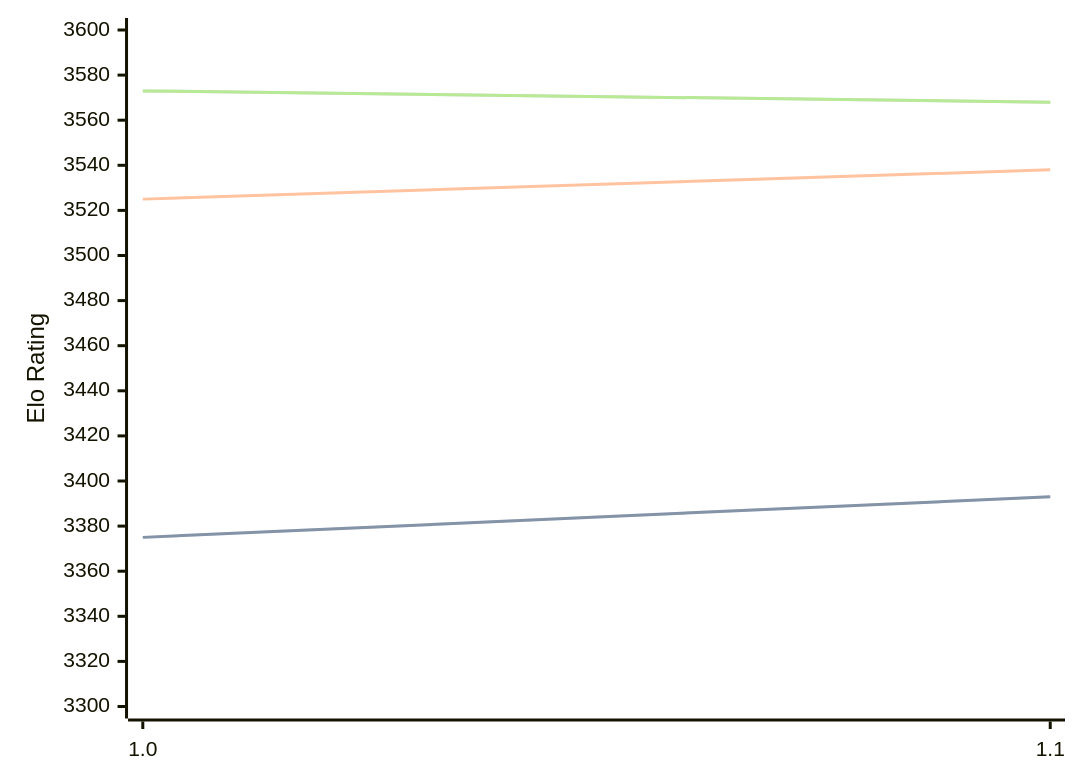
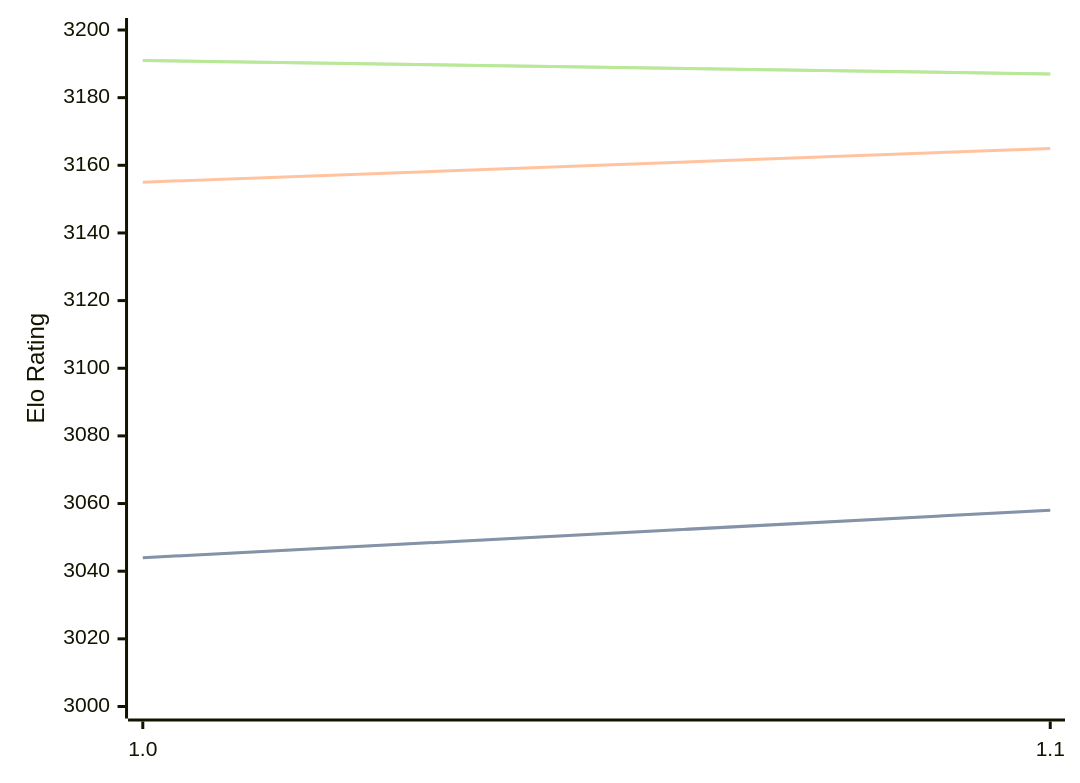
One commit to computer-chess-index/cci changed the diagram in engines/Horsie.md. Above: the diagram before and after it, drawn with Mermaid. The commit also changed other lines of this file, not shown here.

Commit message:
Update CCI Ratings (ELO VLTC) - 2026-02-23

````diff
--- a/engines/Horsie.md
+++ b/engines/Horsie.md
@@ -29,11 +29,11 @@
 ```mermaid
 %%{init: {"theme":"base","themeVariables":{"seriesColors:['#a3a3a3','#222221','#faa371']}}}%%
 xychart-beta
   x-axis ["1.0", "1.1"]
-  y-axis "Elo Rating" 3300 --> 3600
-  line "STC (8.0+0.08s)" [3375, 3393]
-  line "STC (8.0+0.08s)" [3375, 3393]
-  line "LTC (60.0+0.60s)" [3525, 3538]
-  line "VLTC (2m24s+1.12s)" [3573, 3568]
-  line "VLTC (2m24s+1.12s)" [3573, 3568]
+  y-axis "Elo Rating" 3000 --> 3200
+  line "STC (8.0+0.08s)" [3044, 3058]
+  line "STC (8.0+0.08s)" [3044, 3058]
+  line "LTC (60.0+0.60s)" [3155, 3165]
+  line "VLTC (2m24s+1.12s)" [3191, 3187]
+  line "VLTC (2m24s+1.12s)" [3191, 3187]
 ```
````
